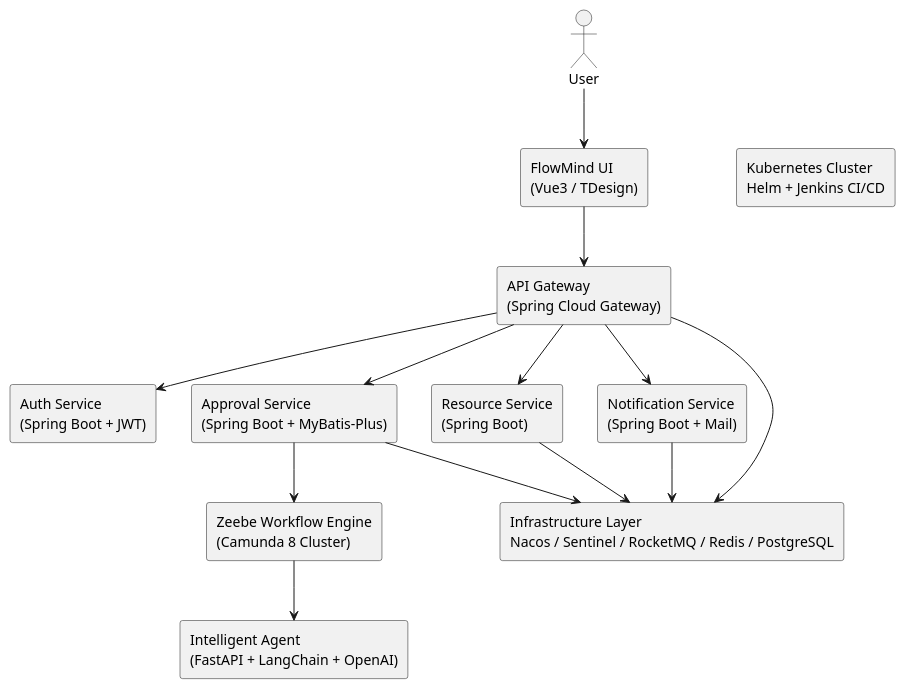
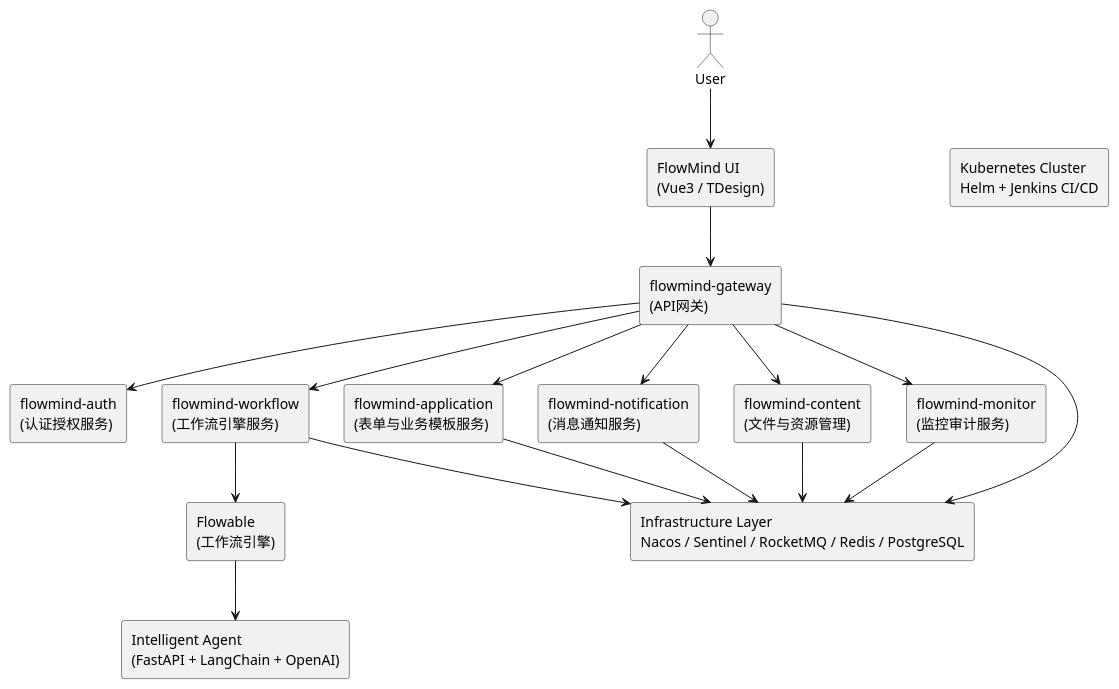
Before and after one commit to Moonlight168/blog: the diagram in src/series/myprojects/FlowMind/README.md, drawn with PlantUML. The commit also changed other lines of this file and 59 other files, not shown here.

```diff
--- a/src/series/myprojects/FlowMind/README.md
+++ b/src/series/myprojects/FlowMind/README.md
@@ -34,32 +34,38 @@
 @startuml
 
 actor "User" as U
 
 rectangle "FlowMind UI\n(Vue3 / TDesign)" as UI
-rectangle "API Gateway\n(Spring Cloud Gateway)" as GW
-rectangle "Auth Service\n(Spring Boot + JWT)" as AUTH
-rectangle "Approval Service\n(Spring Boot + MyBatis-Plus)" as APPROVAL
-rectangle "Resource Service\n(Spring Boot)" as RESOURCE
-rectangle "Notification Service\n(Spring Boot + Mail)" as NOTIFY
-rectangle "Zeebe Workflow Engine\n(Camunda 8 Cluster)" as ZEEBE
+rectangle "flowmind-gateway\n(API网关)" as GW
+rectangle "flowmind-auth\n(认证授权服务)" as AUTH
+rectangle "flowmind-workflow\n(工作流引擎服务)" as WORKFLOW
+rectangle "flowmind-application\n(表单与业务模板服务)" as APPLICATION
+rectangle "flowmind-notification\n(消息通知服务)" as NOTIFY
+rectangle "flowmind-content\n(文件与资源管理)" as CONTENT
+rectangle "flowmind-monitor\n(监控审计服务)" as MONITOR
+rectangle "Flowable\n(工作流引擎)" as FLOWABLE
 rectangle "Intelligent Agent\n(FastAPI + LangChain + OpenAI)" as AGENT
 rectangle "Infrastructure Layer\nNacos / Sentinel / RocketMQ / Redis / PostgreSQL" as INFRA
 rectangle "Kubernetes Cluster\nHelm + Jenkins CI/CD" as K8S
 
 U --> UI
 UI --> GW
 GW --> AUTH
-GW --> APPROVAL
-GW --> RESOURCE
+GW --> WORKFLOW
+GW --> APPLICATION
 GW --> NOTIFY
+GW --> CONTENT
+GW --> MONITOR
 
-APPROVAL --> ZEEBE
-ZEEBE --> AGENT
-APPROVAL --> INFRA
-RESOURCE --> INFRA
+WORKFLOW --> FLOWABLE
+WORKFLOW --> INFRA
+FLOWABLE --> AGENT
+APPLICATION --> INFRA
 NOTIFY --> INFRA
+CONTENT --> INFRA
+MONITOR --> INFRA
 GW --> INFRA
 
 K8S -[hidden]-> GW
 K8S -[hidden]-> INFRA
 @enduml
```
